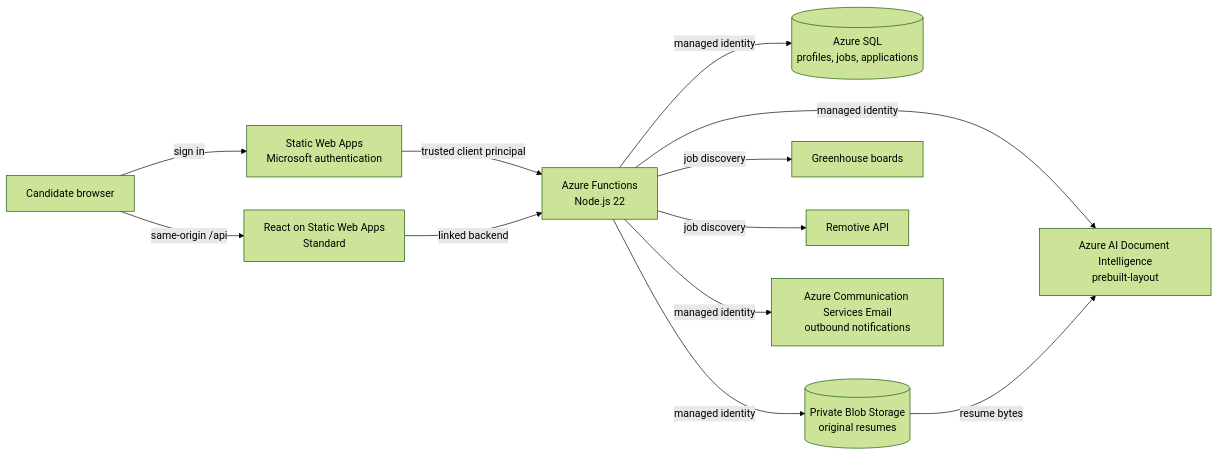
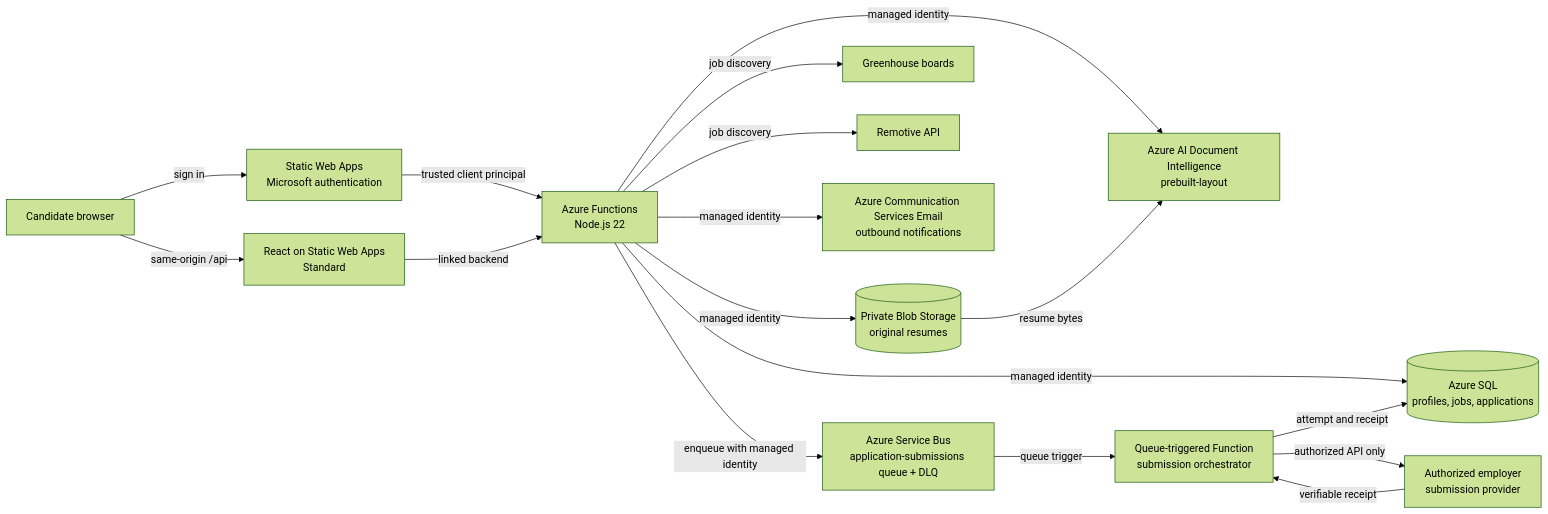
The first of 5 diagrams in ARCHITECTURE.md (shivangsoni/resume_tool), drawn with Mermaid (forest theme) before and after one commit. The commit also changed other lines of this file and 18 other files, not shown here.

Commit message:
Add queued employer submission worker

````diff
--- a/ARCHITECTURE.md
+++ b/ARCHITECTURE.md
@@ -7,25 +7,33 @@
 ```mermaid
 flowchart LR
     Candidate[Candidate browser]
     Auth[Static Web Apps<br/>Microsoft authentication]
     SWA[React on Static Web Apps<br/>Standard]
     API[Azure Functions<br/>Node.js 22]
     SQL[(Azure SQL<br/>profiles, jobs, applications)]
     Blob[(Private Blob Storage<br/>original resumes)]
     DocAI[Azure AI Document Intelligence<br/>prebuilt-layout]
     GH[Greenhouse boards]
     Remotive[Remotive API]
     Email[Azure Communication Services Email<br/>outbound notifications]
+    Bus[Azure Service Bus<br/>application-submissions queue + DLQ]
+    Worker[Queue-triggered Function<br/>submission orchestrator]
+    Provider[Authorized employer<br/>submission provider]
 
     Candidate -->|sign in| Auth
     Candidate -->|same-origin /api| SWA
     Auth -->|trusted client principal| API
     SWA -->|linked backend| API
     API -->|managed identity| SQL
     API -->|managed identity| Blob
     API -->|managed identity| DocAI
     API -->|job discovery| GH
     API -->|job discovery| Remotive
     API -->|managed identity| Email
+    API -->|enqueue with managed identity| Bus
+    Bus -->|queue trigger| Worker
+    Worker -->|authorized API only| Provider
+    Provider -->|verifiable receipt| Worker
+    Worker -->|attempt and receipt| SQL
     Blob -->|resume bytes| DocAI
 ```
````
